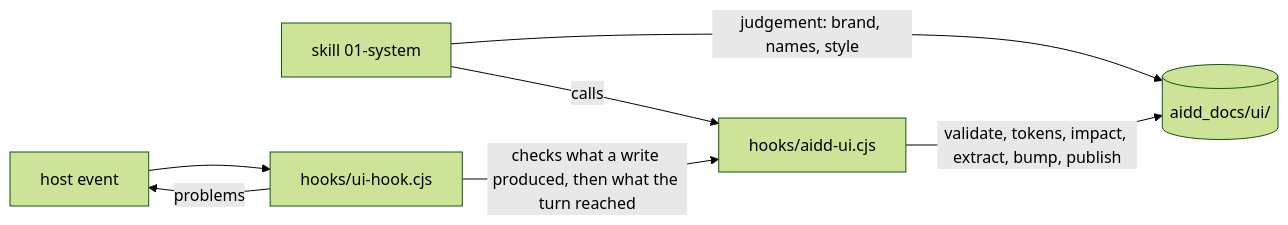
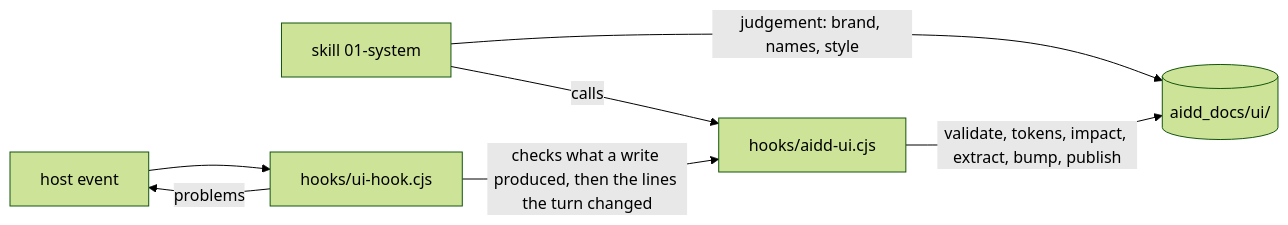
The diagram in plugins/aidd-ui/README.md (ai-driven-dev/framework), drawn with Mermaid (forest theme) before and after one commit. The commit also changed other lines of this file and 4 other files, not shown here.

First line of the commit message:
feat(aidd-ui): hold the turn's end only on errors the turn produced

````diff
--- a/plugins/aidd-ui/README.md
+++ b/plugins/aidd-ui/README.md
@@ -20,9 +20,9 @@
 ```mermaid
 flowchart LR
   Skill["skill 01-system"] -->|"judgement: brand, names, style"| Docs[("aidd_docs/ui/")]
   Skill -->|"calls"| Engine["hooks/aidd-ui.cjs"]
   Engine -->|"validate, tokens, impact, extract, bump, publish"| Docs
   Host["host event"] --> Hook["hooks/ui-hook.cjs"]
-  Hook -->|"checks what a write produced, then what the turn reached"| Engine
+  Hook -->|"checks what a write produced, then the lines the turn changed"| Engine
   Hook -->|"problems"| Host
 ```
````
